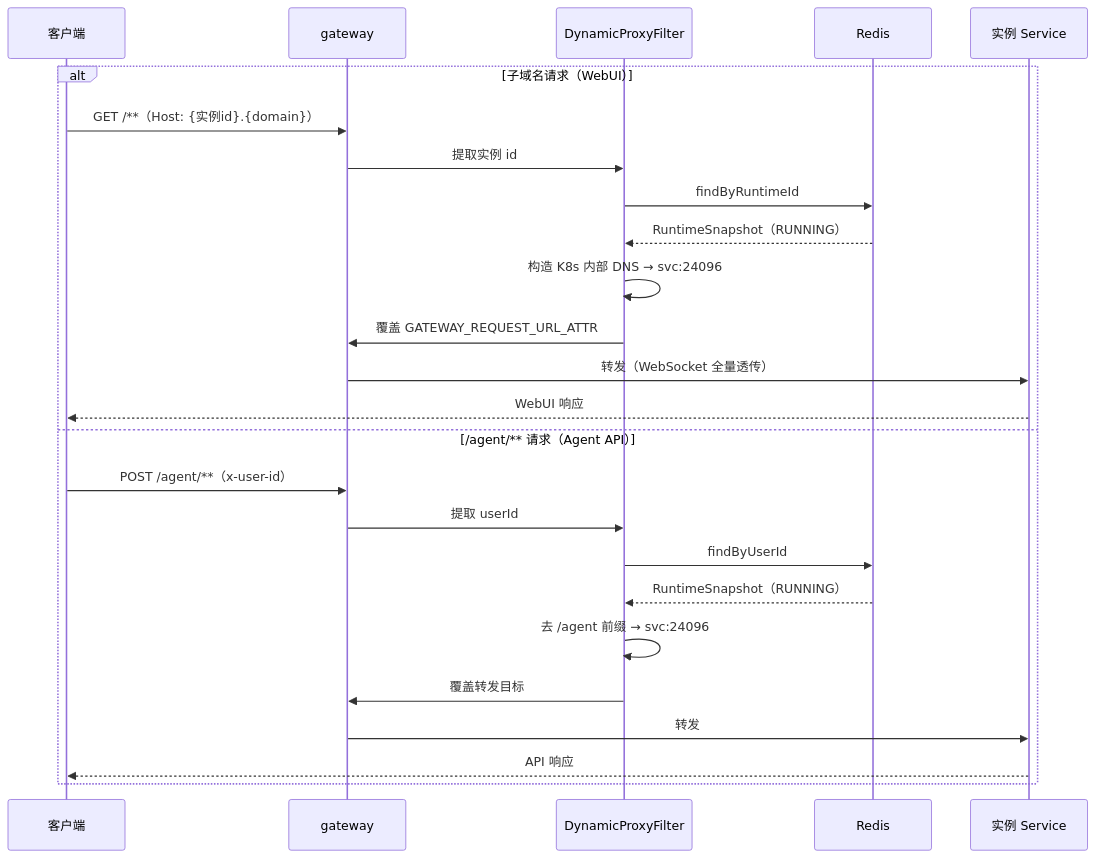
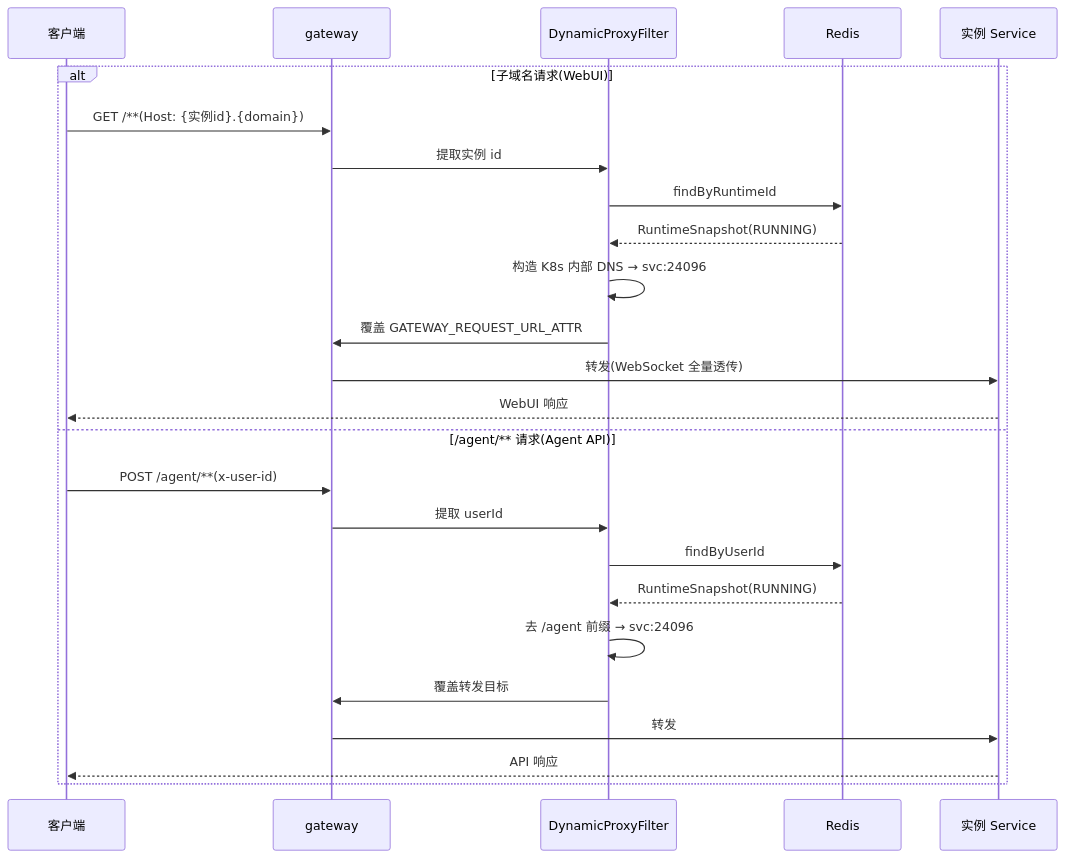
One commit to weizuxiao911/magicbook changed the sixth of 7 diagrams in docs/AI 工作台总体架构设计.md. Above: the diagram before and after it, drawn with Mermaid. The commit also changed other lines of this file and 5 other files, not shown here.

````diff
--- a/docs/AI 工作台总体架构设计.md
+++ b/docs/AI 工作台总体架构设计.md
@@ -240,28 +430,28 @@
 ```mermaid
 sequenceDiagram
     participant C as 客户端
     participant G as gateway
     participant F as DynamicProxyFilter
     participant R as Redis
     participant S as 实例 Service
 
-    alt 子域名请求（WebUI）
-        C->>G: GET /**（Host: {实例id}.{domain}）
+    alt 子域名请求(WebUI)
+        C->>G: GET /**(Host: {实例id}.{domain})
         G->>F: 提取实例 id
         F->>R: findByRuntimeId
-        R-->>F: RuntimeSnapshot（RUNNING）
+        R-->>F: RuntimeSnapshot(RUNNING)
         F->>F: 构造 K8s 内部 DNS → svc:24096
         F->>G: 覆盖 GATEWAY_REQUEST_URL_ATTR
-        G->>S: 转发（WebSocket 全量透传）
+        G->>S: 转发(WebSocket 全量透传)
         S-->>C: WebUI 响应
-    else /agent/** 请求（Agent API）
-        C->>G: POST /agent/**（x-user-id）
+    else /agent/** 请求(Agent API)
+        C->>G: POST /agent/**(x-user-id)
         G->>F: 提取 userId
         F->>R: findByUserId
-        R-->>F: RuntimeSnapshot（RUNNING）
+        R-->>F: RuntimeSnapshot(RUNNING)
         F->>F: 去 /agent 前缀 → svc:24096
         F->>G: 覆盖转发目标
         G->>S: 转发
         S-->>C: API 响应
     end
 ```
````
